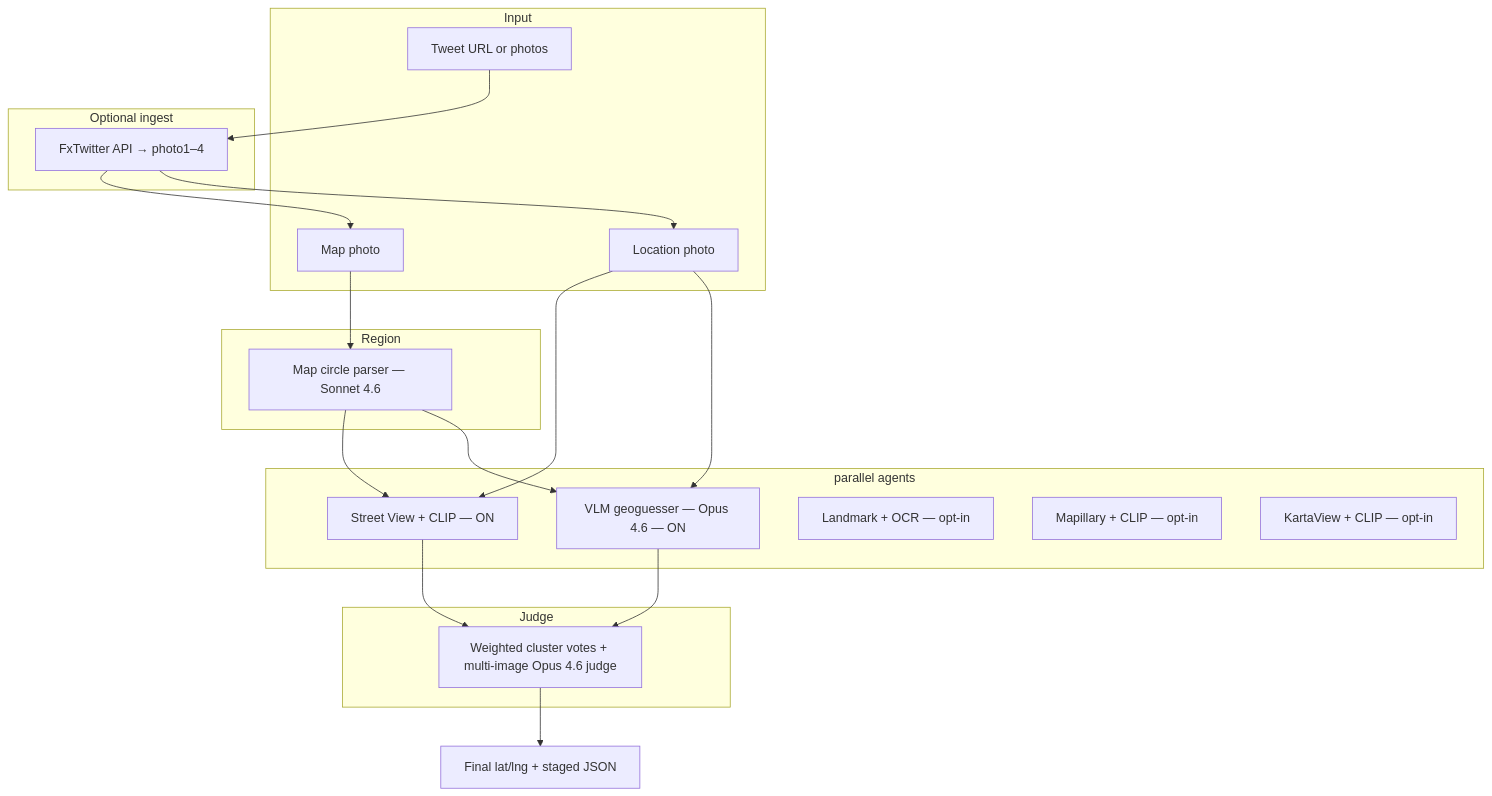
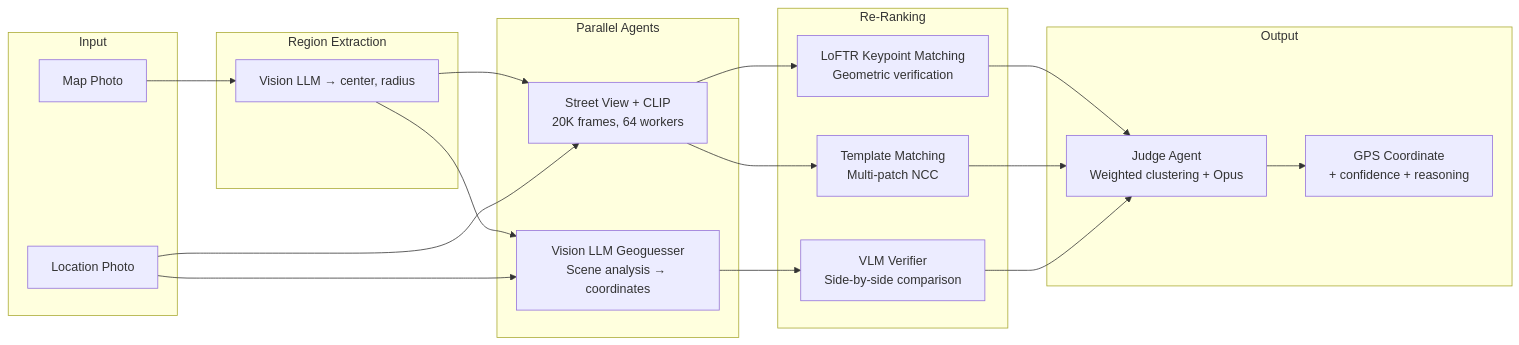
One commit to Eswar-deep/doordash-geo-hunt changed the diagram in README.md. Above: the diagram before and after it, drawn with Mermaid. The commit also changed other lines of this file and 4 other files, not shown here.

````diff
--- a/README.md
+++ b/README.md
@@ -38,36 +27,33 @@
 ```mermaid
-flowchart TB
-  subgraph input [Input]
-    T[Tweet URL or photos]
-    M[Map photo]
-    L[Location photo]
+flowchart LR
+  subgraph Input
+    MAP[Map Photo]
+    LOC[Location Photo]
   end
 
-  subgraph ingest [Optional ingest]
-    I[FxTwitter API → photo1–4]
+  subgraph Region Extraction
+    VLM_MAP[Vision LLM → center, radius]
   end
 
-  subgraph extract [Region]
-    R[Map circle parser — Sonnet 4.6]
+  subgraph Parallel Agents
+    SV[Street View + CLIP<br/>20K frames, 64 workers]
+    VLM[Vision LLM Geoguesser<br/>Scene analysis → coordinates]
   end
 
-  subgraph agents [parallel agents]
-    A1[Street View + CLIP — ON]
-    A4[VLM geoguesser — Opus 4.6 — ON]
-    A5[Landmark + OCR — opt-in]
-    A2[Mapillary + CLIP — opt-in]
-    A3[KartaView + CLIP — opt-in]
+  subgraph Re-Ranking
+    LOFTR[LoFTR Keypoint Matching<br/>Geometric verification]
+    TMPL[Template Matching<br/>Multi-patch NCC]
+    VERIFY[VLM Verifier<br/>Side-by-side comparison]
   end
 
-  subgraph judge [Judge]
-    J[Weighted cluster votes + multi-image Opus 4.6 judge]
+  subgraph Output
+    JUDGE[Judge Agent<br/>Weighted clustering + Opus]
+    OUT[GPS Coordinate<br/>+ confidence + reasoning]
   end
 
-  T --> I --> M
-  I --> L
-  M --> R
-  L --> A1 & A4
-  R --> A1 & A4
-  A1 & A4 --> J
-  J --> O[Final lat/lng + staged JSON]
+  MAP --> VLM_MAP --> SV & VLM
+  LOC --> SV & VLM
+  SV --> LOFTR & TMPL
+  VLM --> VERIFY
+  LOFTR & TMPL & VERIFY --> JUDGE --> OUT
 ```
````
